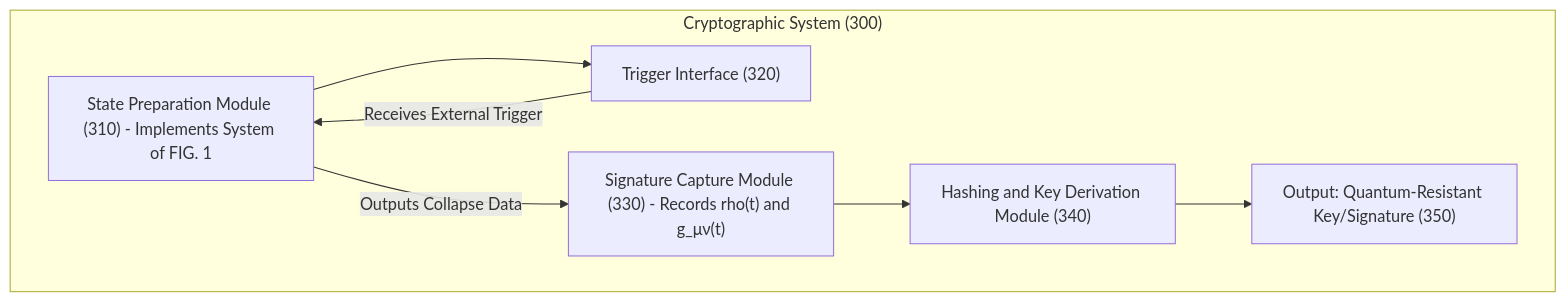
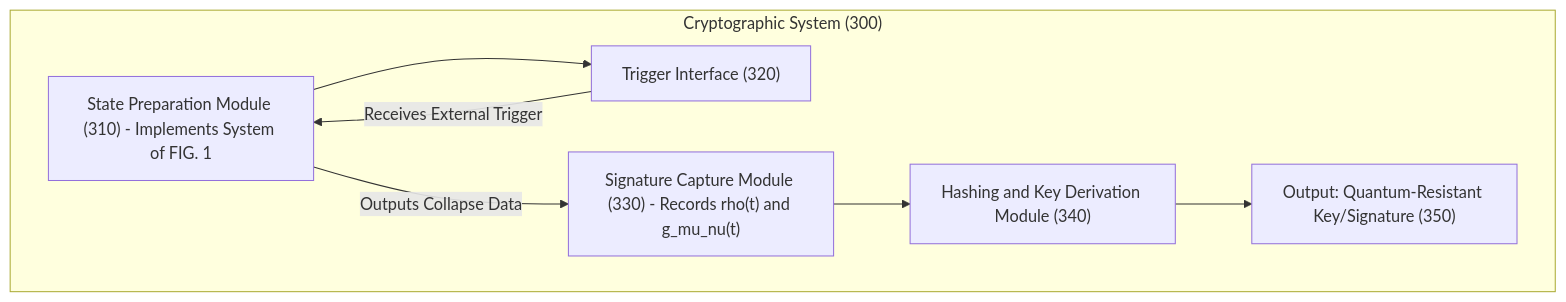
Diagram 13 of 13 in WSP_knowledge/docs/Papers/Patent_Series/04_rESP_Patent_Updated.md (Foundup/Foundups-Agent), drawn with Mermaid before and after one commit. The commit also changed other lines of this file and 1 other file, not shown here.

First line of the commit message:
FIX: Complete Mermaid parsing error resolution across all 13 patent figures

````diff
--- a/WSP_knowledge/docs/Papers/Patent_Series/04_rESP_Patent_Updated.md
+++ b/WSP_knowledge/docs/Papers/Patent_Series/04_rESP_Patent_Updated.md
@@ -343,10 +343,10 @@
 ```mermaid
 graph TD
     subgraph "Cryptographic System (300)"
         A["State Preparation Module (310) - Implements System of FIG. 1"] --> B["Trigger Interface (320)"]
         B -- "Receives External Trigger" --> A
-        A -- "Outputs Collapse Data" --> C["Signature Capture Module (330) - Records rho(t) and g_μν(t)"]
+        A -- "Outputs Collapse Data" --> C["Signature Capture Module (330) - Records rho(t) and g_mu_nu(t)"]
         C --> D["Hashing and Key Derivation Module (340)"]
         D --> E["Output: Quantum-Resistant Key/Signature (350)"]
     end
 ```
````
